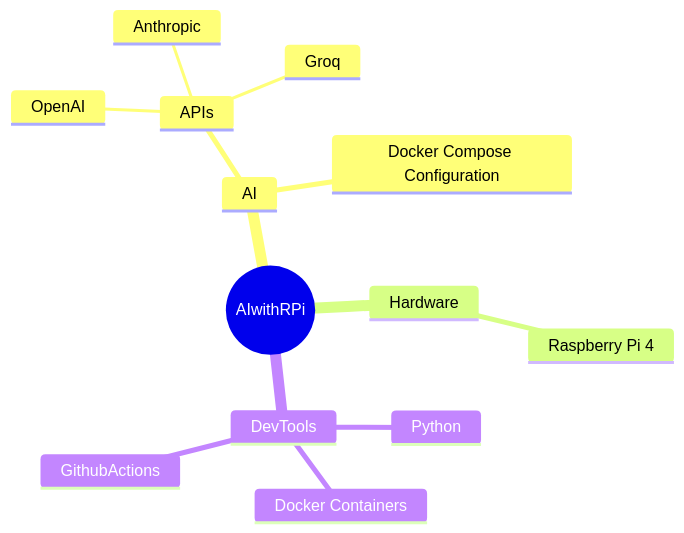
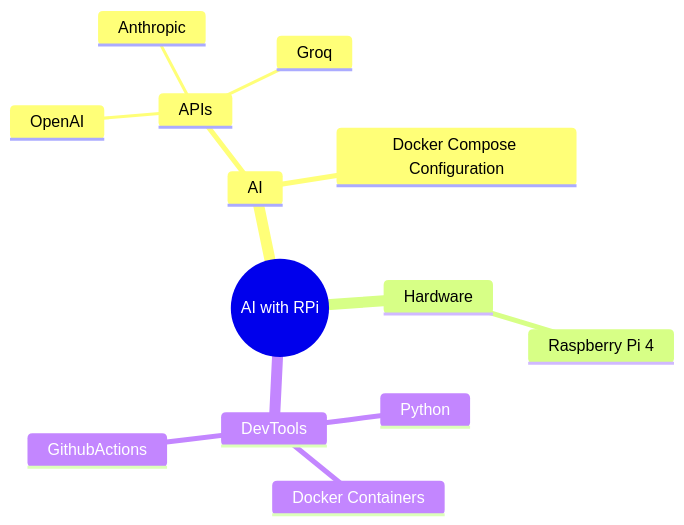
Before and after one commit to JAlcocerT/RPi: the diagram in _posts/2024-11-30-raspberry-ai-projects.md, drawn with Mermaid. The commit also changed other lines of this file, not shown here.

Commit message:
added diagram info

````diff
--- a/_posts/2024-11-30-raspberry-ai-projects.md
+++ b/_posts/2024-11-30-raspberry-ai-projects.md
@@ -32,21 +32,21 @@
 ```mermaid
 mindmap
-  root((AIwithRPi))
+  root((AI with RPi))
     AI
       APIs
       ::icon(fas fa-robot)
         OpenAI
         Anthropic
         Groq
       Docker Compose Configuration
     Hardware
       Raspberry Pi 4
         ::icon(fab fa-raspberry-pi)
     DevTools
       Python
       ::icon(fab fa-python)
       Docker Containers
       ::icon(fab fa-docker)
       GithubActions
       ::icon(fas fa-code-branch)
 ```
````
